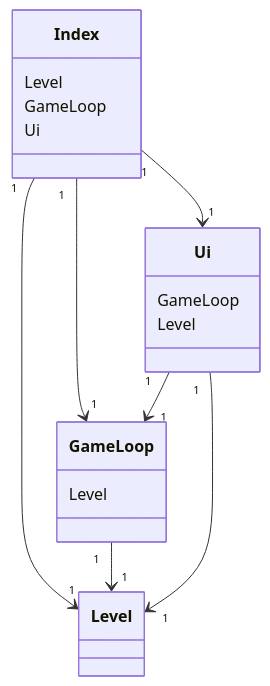
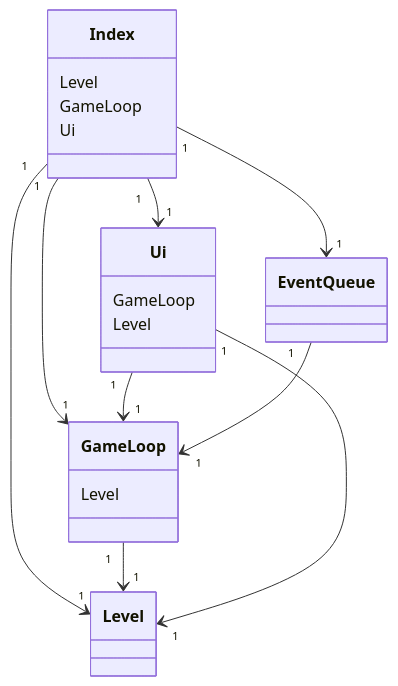
The first of 2 diagrams in dokumentaatio/arkkitehtuuri.md (AapoTuulentie/ot-harjoitusty-), drawn with Mermaid before and after one commit.

````diff
--- a/dokumentaatio/arkkitehtuuri.md
+++ b/dokumentaatio/arkkitehtuuri.md
@@ -9,33 +9,40 @@
 ```mermaid
     classDiagram
 
         Index "1" --> "1" GameLoop
         Index "1" --> "1" Level
         GameLoop "1" --> "1" Level
         Index "1" --> "1" Ui
         Ui "1" --> "1" GameLoop
         Ui "1" --> "1" Level
+        EventQueue "1" --> "1" GameLoop
+        Index "1" --> "1" EventQueue
+        
 
         class Index{
             Level
             GameLoop
             Ui
 
         }
 
     class Level{
 
 
     }
 
     class GameLoop{
         Level
 
     }
 
     class Ui{
         GameLoop
         Level
     }
     
+    class EventQueue{
+       
+    }
+    
 ```
````
